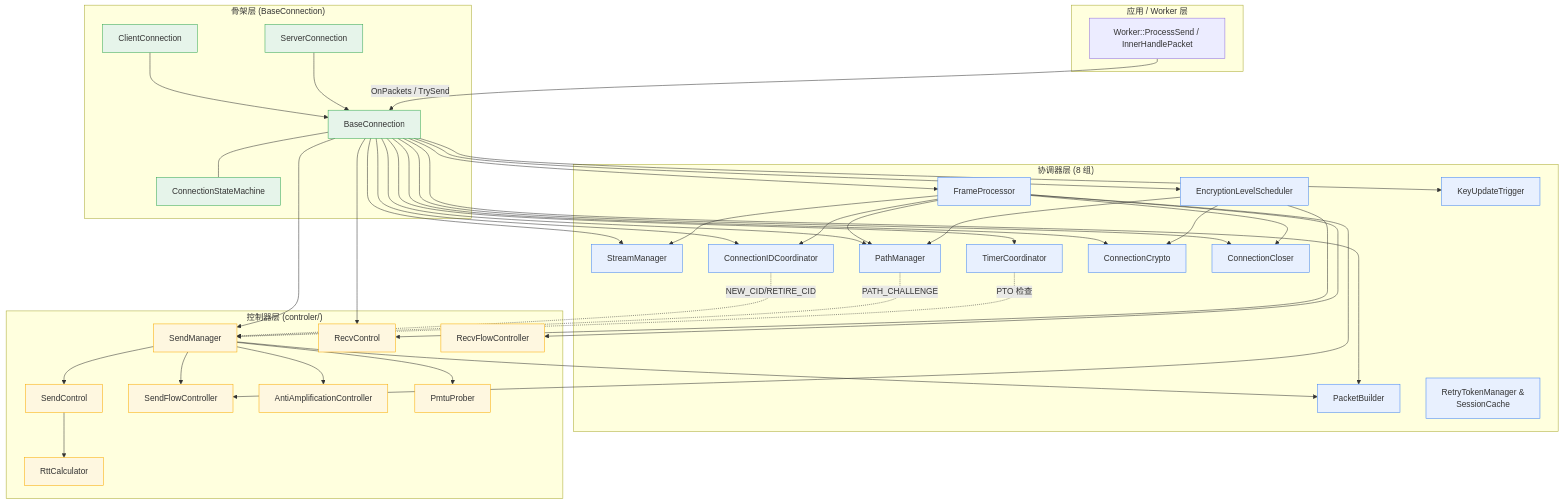
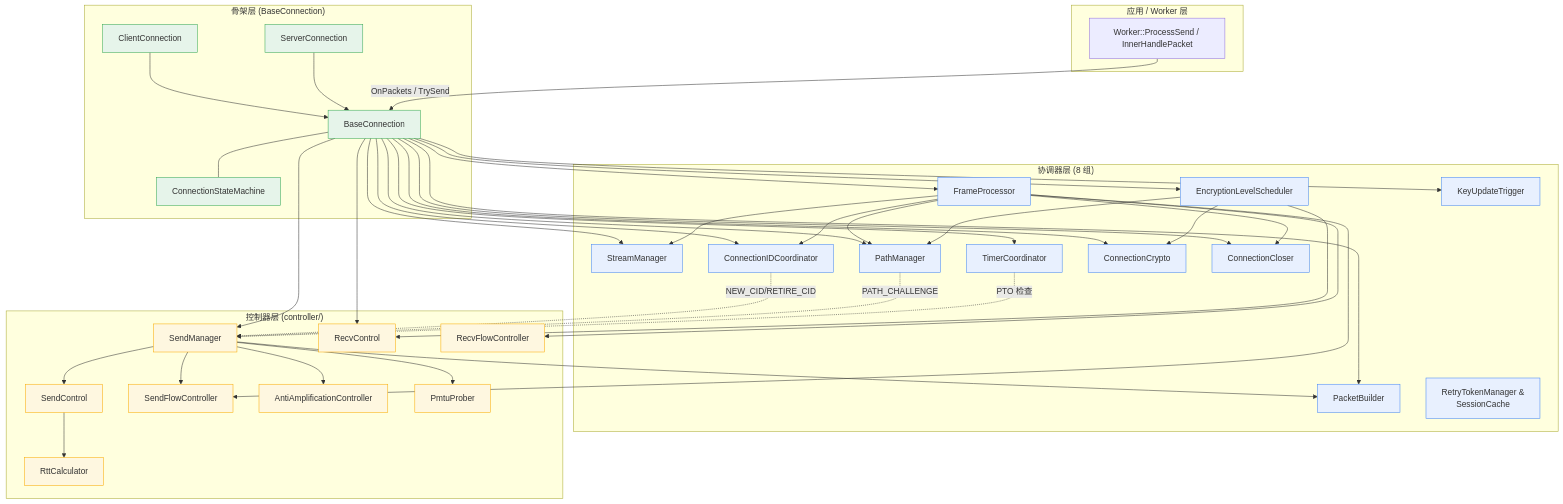
One commit to caozhiyi/quicX changed the diagram in docs/zh/design/connection_anatomy.md. Above: the diagram before and after it, drawn with Mermaid. The commit also changed other lines of this file and 85 other files, not shown here.

````diff
--- a/docs/zh/design/connection_anatomy.md
+++ b/docs/zh/design/connection_anatomy.md
@@ -17,82 +17,82 @@
 ```mermaid
 flowchart TB
     subgraph App["应用 / Worker 层"]
         worker[Worker::ProcessSend / InnerHandlePacket]
     end
 
     subgraph Skeleton["骨架层 (BaseConnection)"]
         base[BaseConnection]
         client[ClientConnection]
         server[ServerConnection]
         sm[ConnectionStateMachine]
         client --> base
         server --> base
         base --- sm
     end
 
     subgraph Coord["协调器层 (8 组)"]
         fp[FrameProcessor]
         sm_mgr[StreamManager]
         cid[ConnectionIDCoordinator]
         path[PathManager]
         timer[TimerCoordinator]
         crypto[ConnectionCrypto]
         eslv[EncryptionLevelScheduler]
         pkt[PacketBuilder]
         retry[RetryTokenManager &<br/>SessionCache]
         closer[ConnectionCloser]
         kup[KeyUpdateTrigger]
     end
 
-    subgraph Ctrl["控制器层 (controler/)"]
+    subgraph Ctrl["控制器层 (controller/)"]
         send_mgr[SendManager]
         send_ctl[SendControl]
         send_fc[SendFlowController]
         recv_ctl[RecvControl]
         recv_fc[RecvFlowController]
         rtt[RttCalculator]
         anti[AntiAmplificationController]
         pmtu[PmtuProber]
     end
 
     worker -->|OnPackets / TrySend| base
     base --> fp
     base --> sm_mgr
     base --> cid
     base --> path
     base --> timer
     base --> crypto
     base --> eslv
     base --> pkt
     base --> closer
     base --> kup
 
     fp --> sm_mgr
     fp --> cid
     fp --> path
     fp --> closer
     fp --> recv_fc
     fp --> send_fc
 
     cid -.NEW_CID/RETIRE_CID.-> send_mgr
     path -.PATH_CHALLENGE.-> send_mgr
     timer -.PTO 检查.-> send_mgr
     base --> send_mgr
     send_mgr --> send_ctl
     send_mgr --> send_fc
     send_mgr --> anti
     send_mgr --> pmtu
     send_mgr --> pkt
     send_ctl --> rtt
     base --> recv_ctl
     eslv --> crypto
     eslv --> recv_ctl
     eslv --> path
 
     classDef coord fill:#e8f0fe,stroke:#4285f4
     classDef ctrl fill:#fef7e0,stroke:#f9ab00
     classDef skel fill:#e6f4ea,stroke:#34a853
     class fp,sm_mgr,cid,path,timer,crypto,eslv,pkt,retry,closer,kup coord
     class send_mgr,send_ctl,send_fc,recv_ctl,recv_fc,rtt,anti,pmtu ctrl
     class base,client,server,sm skel
 ```
````
